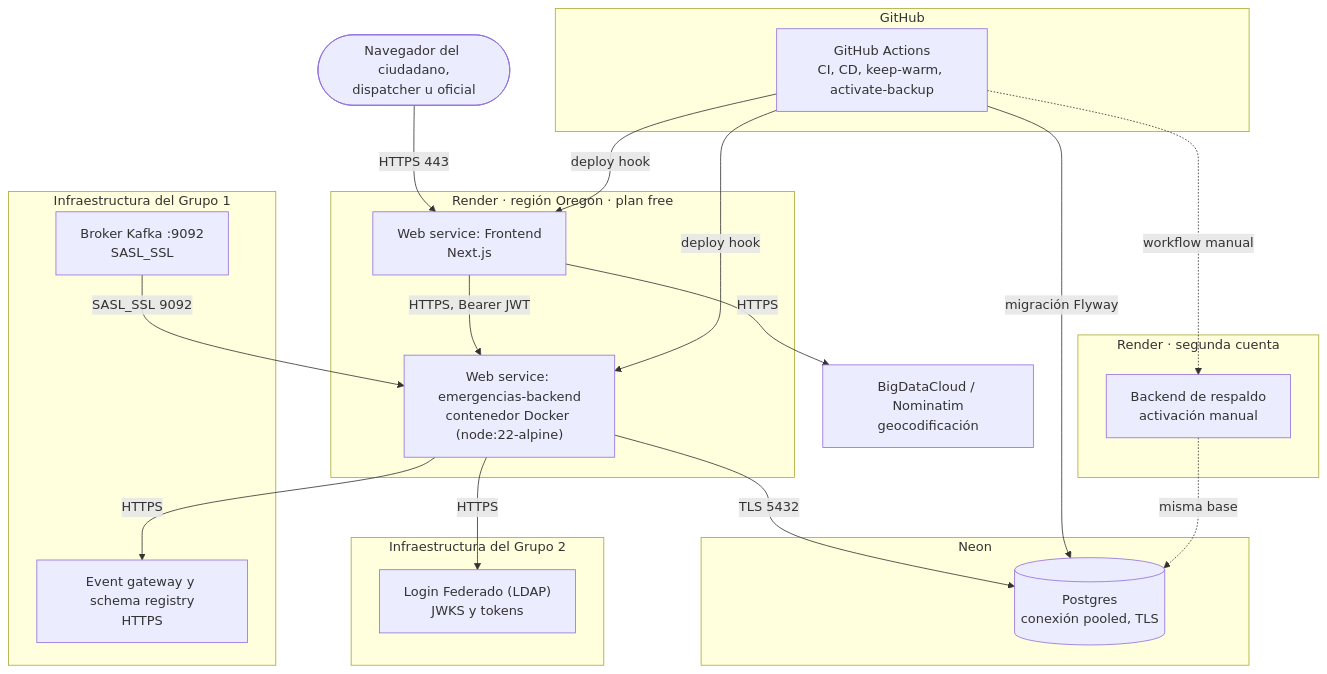
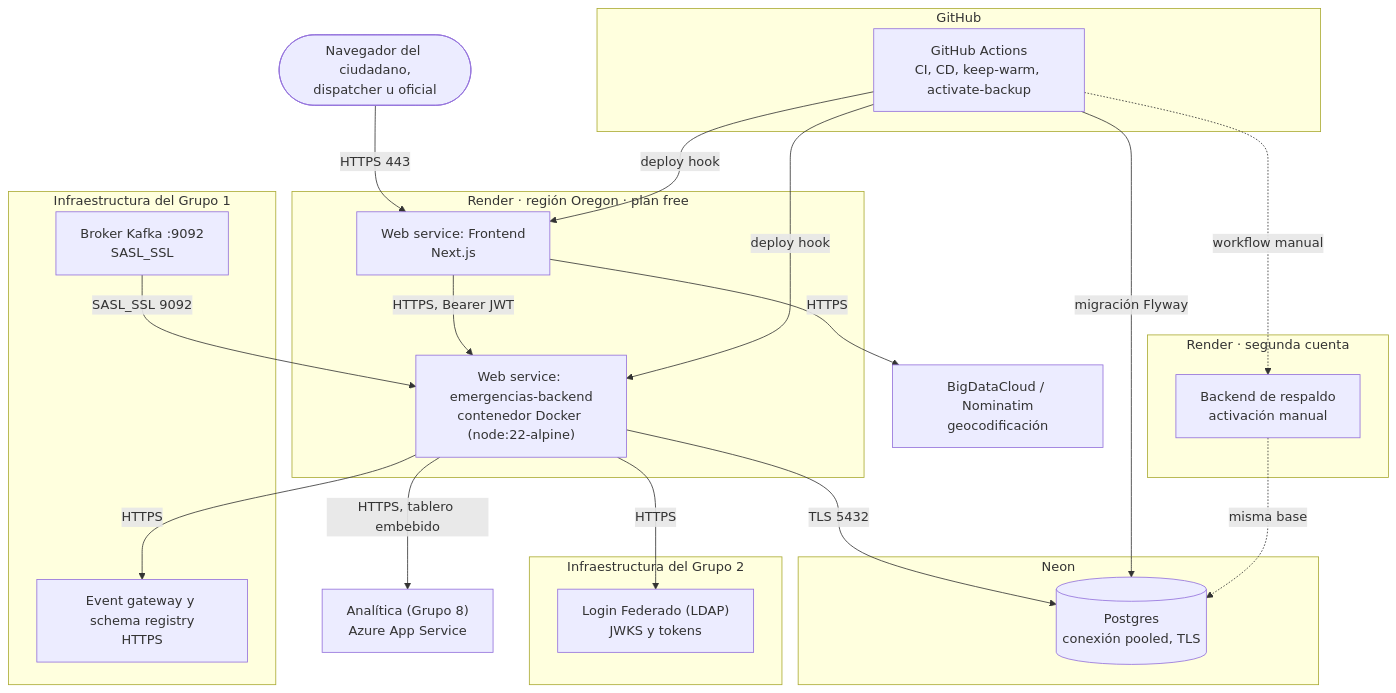
The fourth of 4 diagrams in docs/diagramas/09-vista-4+1.md (G6D2/emergencias-backend), drawn with Mermaid before and after one commit. The commit also changed other lines of this file and 1 other file, not shown here.

First line of the commit message:
docs(diagramas): alerta climática y tablero de Analítica en arquitectura y 4+1

````diff
--- a/docs/diagramas/09-vista-4+1.md
+++ b/docs/diagramas/09-vista-4+1.md
@@ -304,45 +307,47 @@
 ```mermaid
 flowchart TB
     user(["Navegador del ciudadano,<br/>dispatcher u oficial"])
 
     subgraph render["Render · región Oregon · plan free"]
         feN["Web service: Frontend<br/>Next.js"]
         beN["Web service: emergencias-backend<br/>contenedor Docker (node:22-alpine)"]
     end
 
     subgraph render2["Render · segunda cuenta"]
         bkN["Backend de respaldo<br/>activación manual"]
     end
 
     subgraph neon["Neon"]
         pg[("Postgres<br/>conexión pooled, TLS")]
     end
 
     subgraph g1["Infraestructura del Grupo 1"]
         kf["Broker Kafka :9092<br/>SASL_SSL"]
         gwN["Event gateway y schema registry<br/>HTTPS"]
     end
 
     subgraph g2["Infraestructura del Grupo 2"]
         idpN["Login Federado (LDAP)<br/>JWKS y tokens"]
     end
 
     geoN["BigDataCloud / Nominatim<br/>geocodificación"]
+    anaN["Analítica (Grupo 8)<br/>Azure App Service"]
 
     subgraph gh["GitHub"]
         act["GitHub Actions<br/>CI, CD, keep-warm, activate-backup"]
     end
 
     user -->|"HTTPS 443"| feN
     feN -->|"HTTPS, Bearer JWT"| beN
     beN -->|"TLS 5432"| pg
     kf -->|"SASL_SSL 9092"| beN
     beN -->|"HTTPS"| gwN
     beN -->|"HTTPS"| idpN
+    beN -->|"HTTPS, tablero embebido"| anaN
     feN -->|"HTTPS"| geoN
     act -->|"migración Flyway"| pg
     act -->|"deploy hook"| beN
     act -->|"deploy hook"| feN
     act -.->|"workflow manual"| bkN
     bkN -.->|"misma base"| pg
 ```
````
